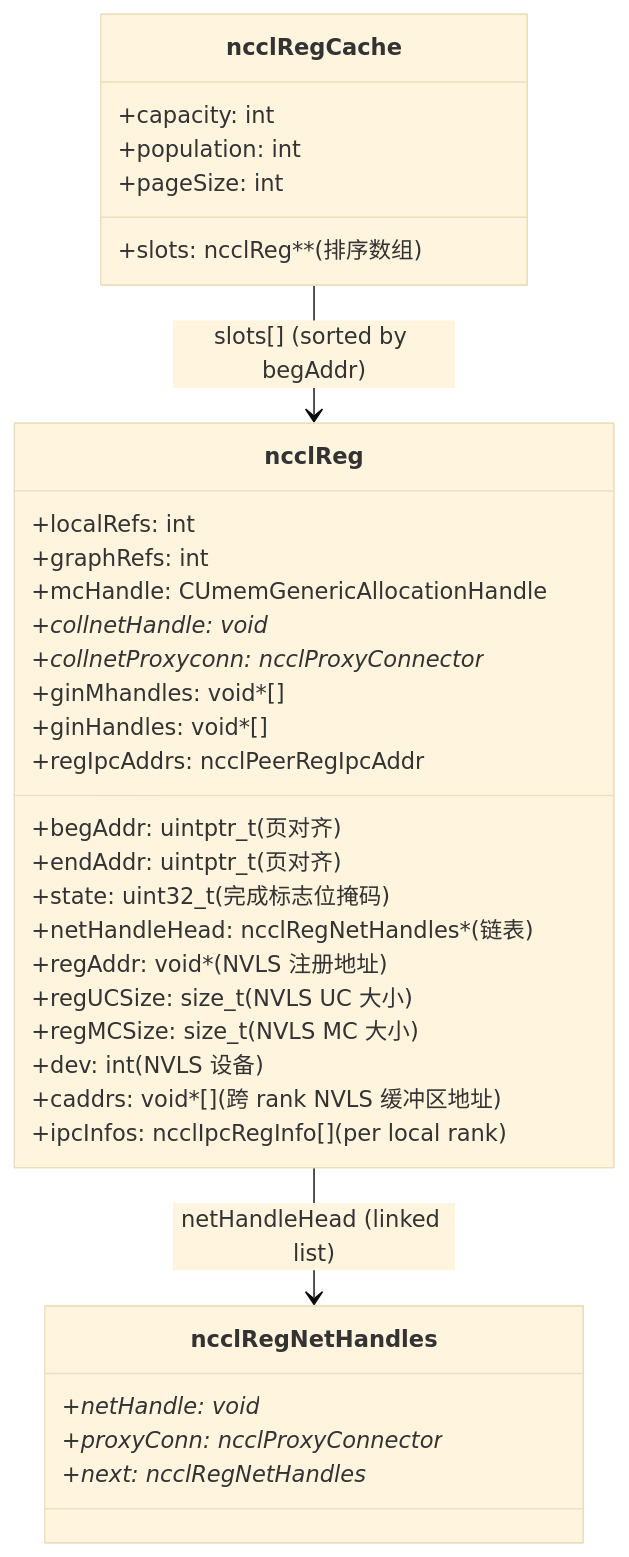
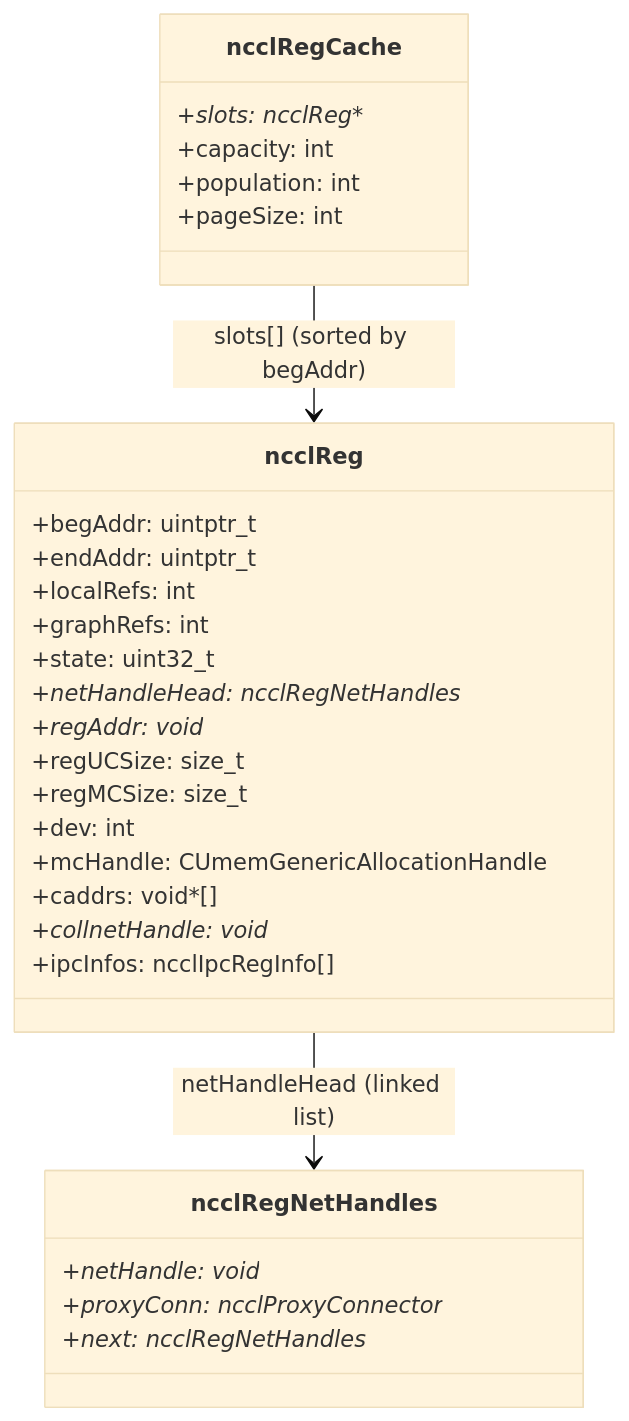
One commit to s0okiym/share changed the first of 5 diagrams in dd_nccl_glm5.1/10-buffer-registration.md. Above: the diagram before and after it, drawn with Mermaid (base theme). The commit also changed other lines of this file and 19 other files, not shown here.

````diff
--- a/dd_nccl_glm5.1/10-buffer-registration.md
+++ b/dd_nccl_glm5.1/10-buffer-registration.md
@@ -11,39 +11,35 @@
 ```mermaid
 classDiagram
     class ncclReg {
-        +begAddr: uintptr_t (页对齐)
-        +endAddr: uintptr_t (页对齐)
+        +begAddr: uintptr_t
+        +endAddr: uintptr_t
         +localRefs: int
         +graphRefs: int
-        +state: uint32_t (完成标志位掩码)
-        +netHandleHead: ncclRegNetHandles* (链表)
-        +regAddr: void* (NVLS 注册地址)
-        +regUCSize: size_t (NVLS UC 大小)
-        +regMCSize: size_t (NVLS MC 大小)
-        +dev: int (NVLS 设备)
+        +state: uint32_t
+        +netHandleHead: ncclRegNetHandles*
+        +regAddr: void*
+        +regUCSize: size_t
+        +regMCSize: size_t
+        +dev: int
         +mcHandle: CUmemGenericAllocationHandle
-        +caddrs: void*[] (跨 rank NVLS 缓冲区地址)
+        +caddrs: void*[]
         +collnetHandle: void*
-        +collnetProxyconn: ncclProxyConnector*
-        +ginMhandles: void*[]
-        +ginHandles: void*[]
-        +regIpcAddrs: ncclPeerRegIpcAddr
-        +ipcInfos: ncclIpcRegInfo[] (per local rank)
+        +ipcInfos: ncclIpcRegInfo[]
     }
 
     class ncclRegCache {
-        +slots: ncclReg** (排序数组)
+        +slots: ncclReg**
         +capacity: int
         +population: int
         +pageSize: int
     }
 
     class ncclRegNetHandles {
         +netHandle: void*
         +proxyConn: ncclProxyConnector*
         +next: ncclRegNetHandles*
     }
 
     ncclRegCache --> ncclReg : slots[] (sorted by begAddr)
     ncclReg --> ncclRegNetHandles : netHandleHead (linked list)
 ```
````
